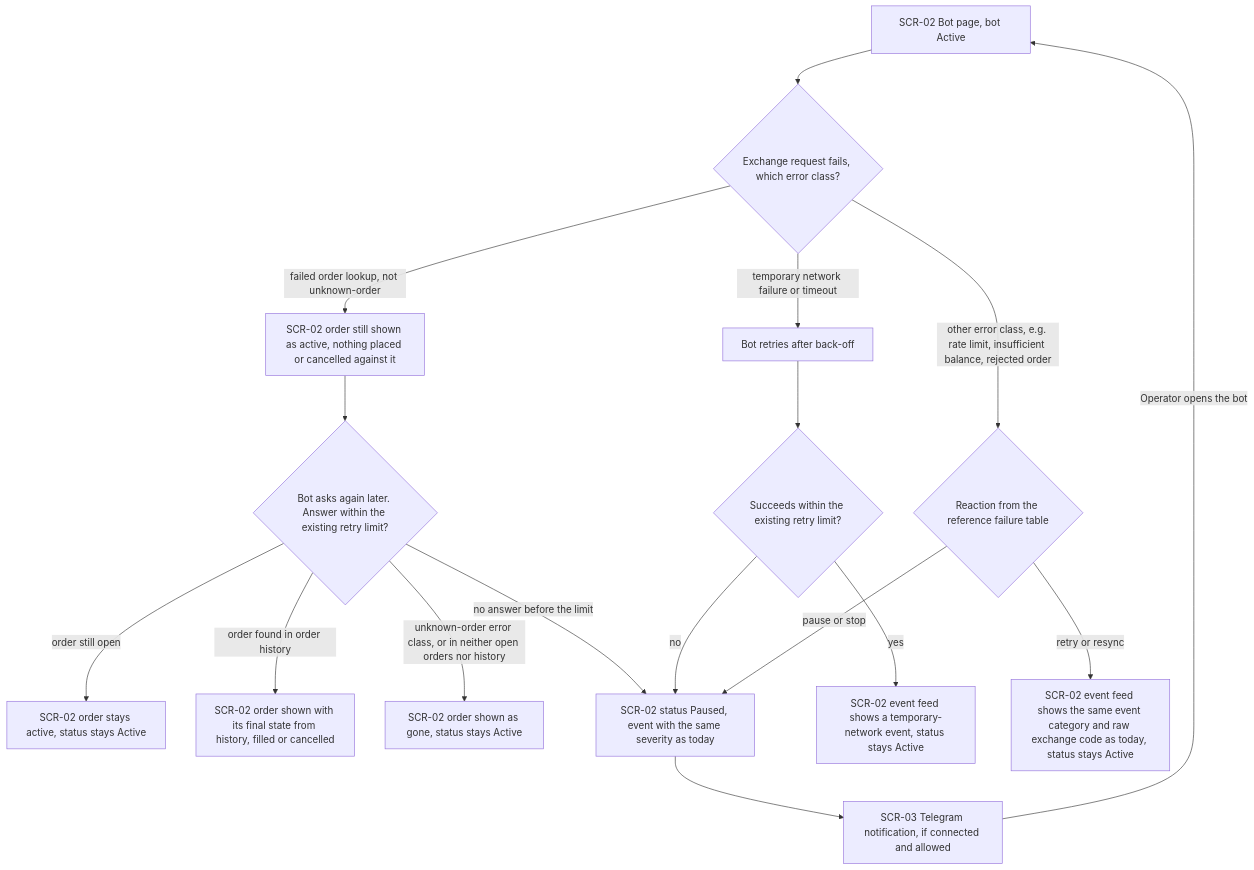
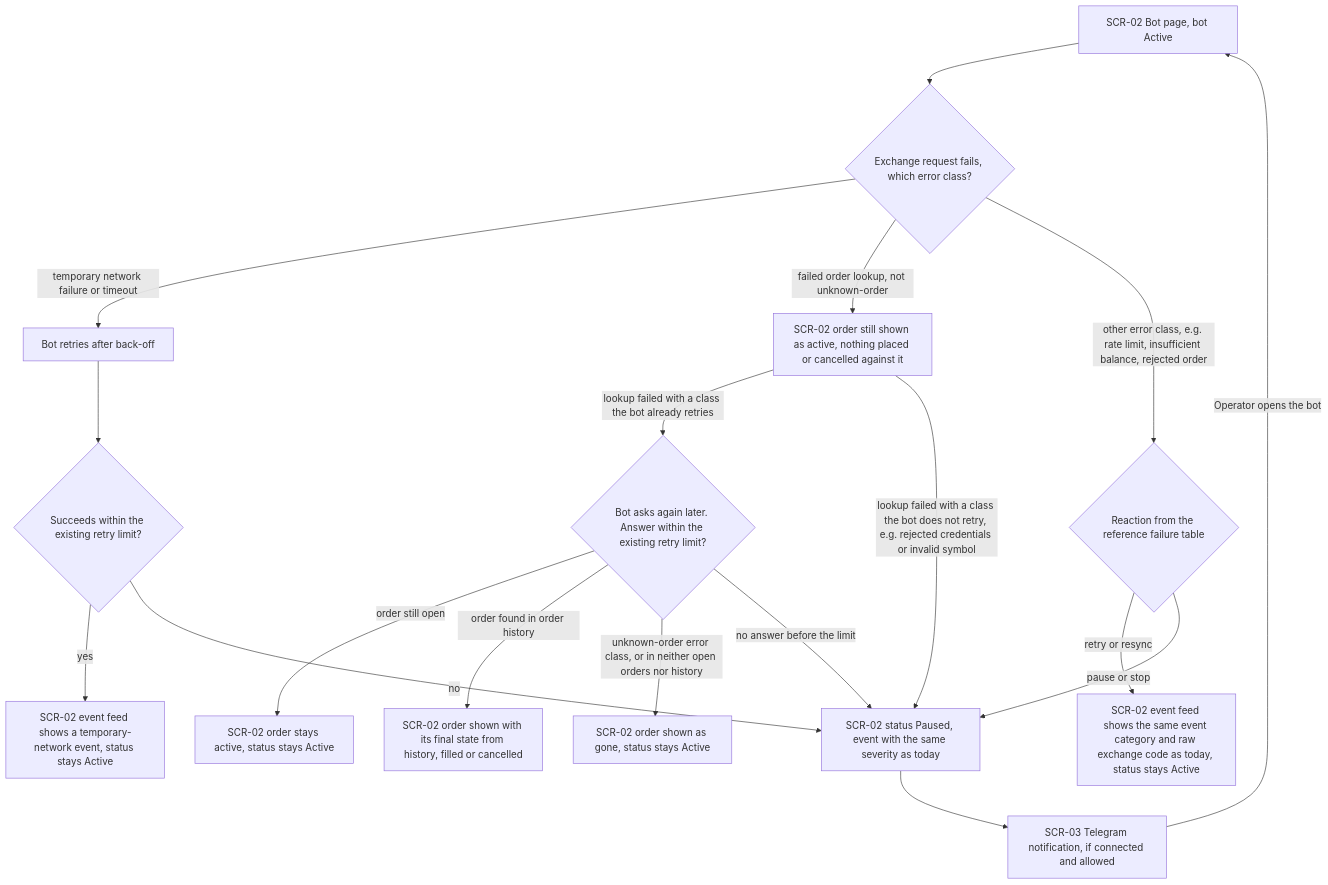
Before and after one commit to SoloOleh/AlgoTradeDynamics-experiments: the second of 5 diagrams in docs/features/exchange-adapter/ux-flows.md, drawn with Mermaid. The commit also changed other lines of this file and 9 other files, not shown here.

````diff
--- a/docs/features/exchange-adapter/ux-flows.md
+++ b/docs/features/exchange-adapter/ux-flows.md
@@ -48,19 +48,20 @@
 ```mermaid
 flowchart TD
     A["SCR-02 Bot page, bot Active"] --> B{"Exchange request fails, which error class?"}
     B -->|"temporary network failure or timeout"| C["Bot retries after back-off"]
     B -->|"failed order lookup, not unknown-order"| L["SCR-02 order still shown as active, nothing placed or cancelled against it"]
-    L --> M{"Bot asks again later. Answer within the existing retry limit?"}
+    L -->|"lookup failed with a class the bot already retries"| M{"Bot asks again later. Answer within the existing retry limit?"}
+    L -->|"lookup failed with a class the bot does not retry, e.g. rejected credentials or invalid symbol"| F
     M -->|"order still open"| N["SCR-02 order stays active, status stays Active"]
     M -->|"order found in order history"| O["SCR-02 order shown with its final state from history, filled or cancelled"]
     M -->|"unknown-order error class, or in neither open orders nor history"| P["SCR-02 order shown as gone, status stays Active"]
     M -->|"no answer before the limit"| F
     C --> D{"Succeeds within the existing retry limit?"}
     D -->|"yes"| E["SCR-02 event feed shows a temporary-network event, status stays Active"]
     D -->|"no"| F["SCR-02 status Paused, event with the same severity as today"]
     B -->|"other error class, e.g. rate limit, insufficient balance, rejected order"| H{"Reaction from the reference failure table"}
     H -->|"retry or resync"| I["SCR-02 event feed shows the same event category and raw exchange code as today, status stays Active"]
     H -->|"pause or stop"| F
     F --> G["SCR-03 Telegram notification, if connected and allowed"]
     G -->|"Operator opens the bot"| A
 ```
````
